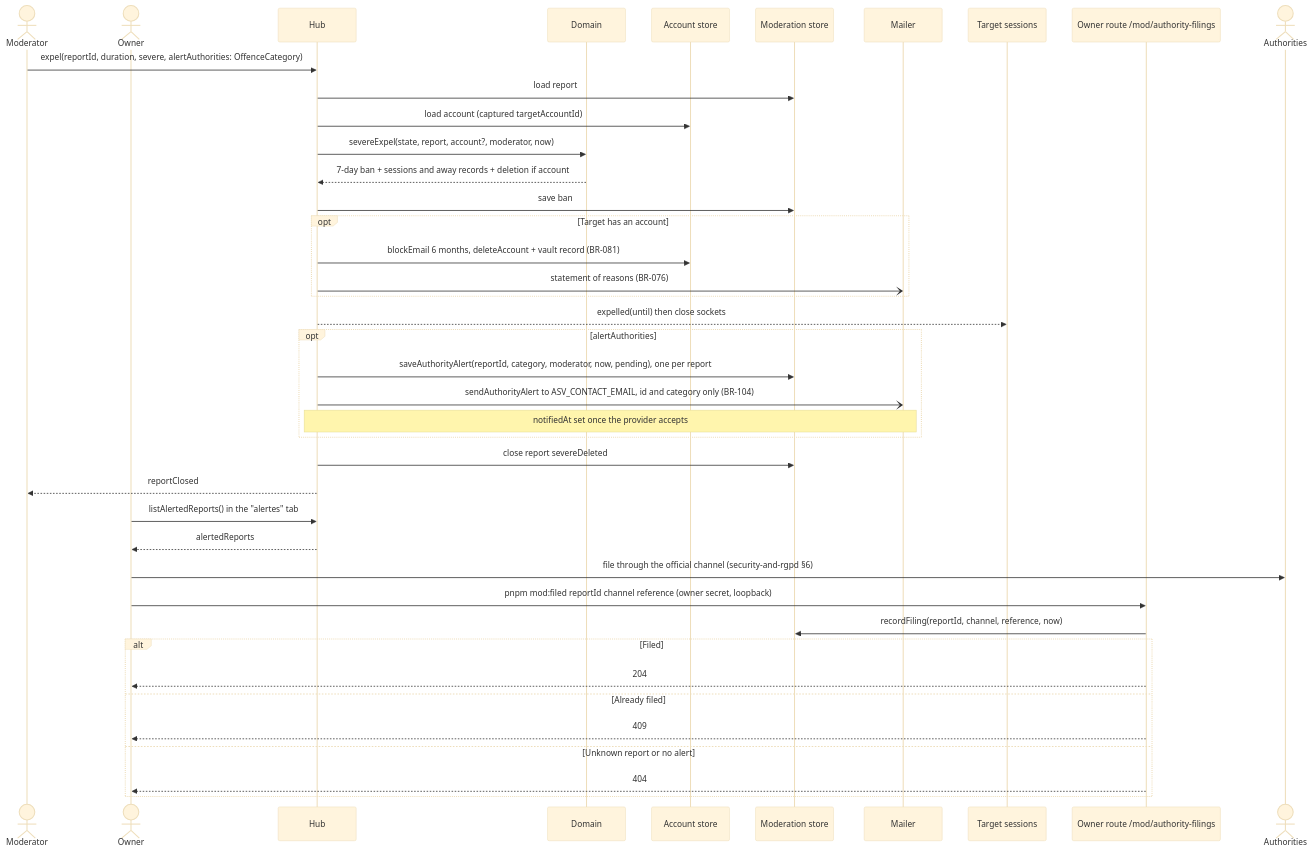
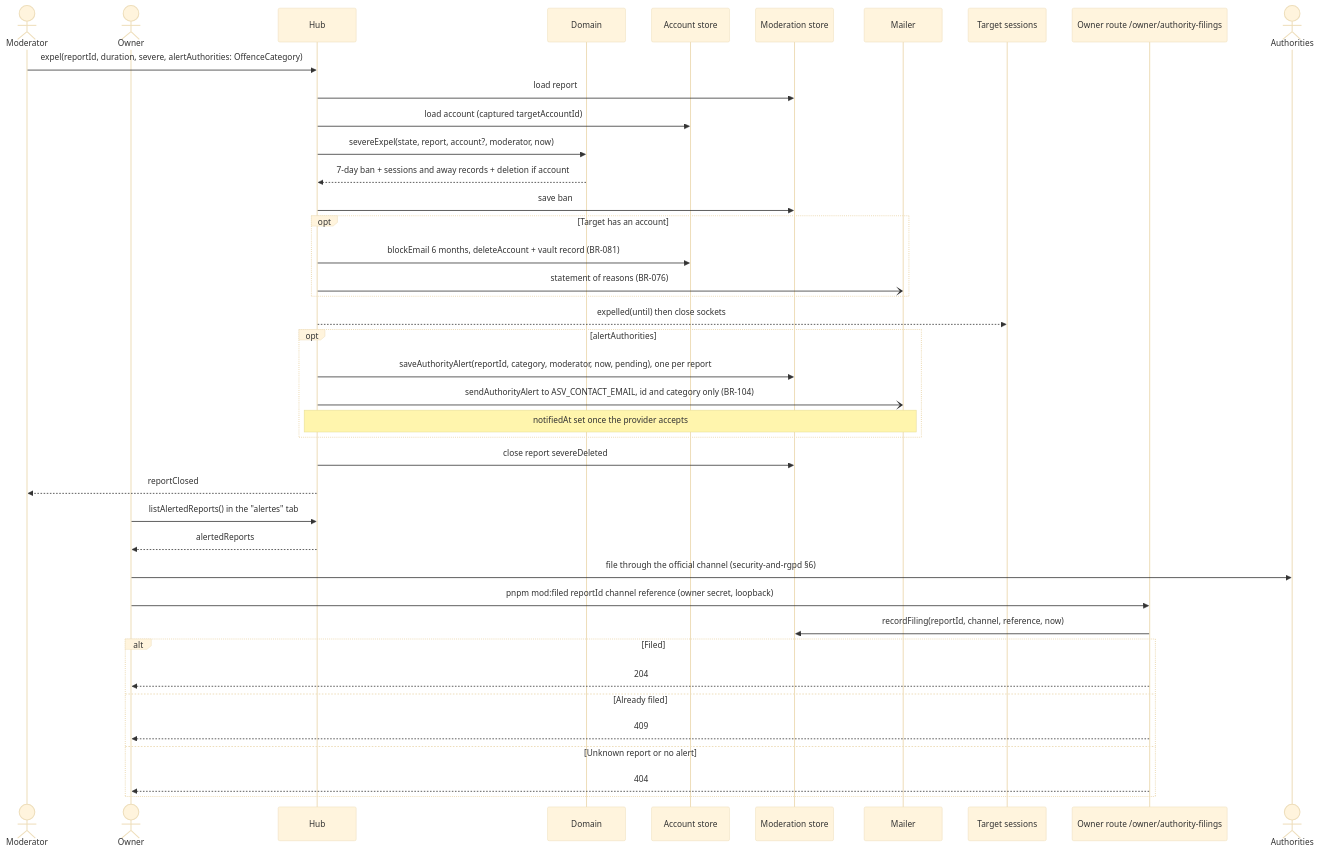
The diagram in docs/architecture/diagrams/moderation/02h-sequence-severe-and-authority.md (benoit-bremaud/asv), drawn with Mermaid (base theme) before and after one commit. The commit also changed other lines of this file and 26 other files, not shown here.

````diff
--- a/docs/architecture/diagrams/moderation/02h-sequence-severe-and-authority.md
+++ b/docs/architecture/diagrams/moderation/02h-sequence-severe-and-authority.md
@@ -15,43 +15,43 @@
 ```mermaid
 sequenceDiagram
   actor M as Moderator
   actor O as Owner
   participant H as Hub
   participant D as Domain
   participant AS as Account store
   participant ST as Moderation store
   participant ML as Mailer
   participant T as Target sessions
-  participant OR as Owner route /mod/authority-filings
+  participant OR as Owner route /owner/authority-filings
   actor A as Authorities
   M->>H: expel(reportId, duration, severe, alertAuthorities: OffenceCategory)
   H->>ST: load report
   H->>AS: load account (captured targetAccountId)
   H->>D: severeExpel(state, report, account?, moderator, now)
   D-->>H: 7-day ban + sessions and away records + deletion if account
   H->>ST: save ban
   opt Target has an account
     H->>AS: blockEmail 6 months, deleteAccount + vault record (BR-081)
     H-)ML: statement of reasons (BR-076)
   end
   H-->>T: expelled(until) then close sockets
   opt alertAuthorities
     H->>ST: saveAuthorityAlert(reportId, category, moderator, now, pending), one per report
     H-)ML: sendAuthorityAlert to ASV_CONTACT_EMAIL, id and category only (BR-104)
     Note over H,ML: notifiedAt set once the provider accepts
   end
   H->>ST: close report severeDeleted
   H-->>M: reportClosed
   O->>H: listAlertedReports() in the "alertes" tab
   H-->>O: alertedReports
   O->>A: file through the official channel (security-and-rgpd §6)
   O->>OR: pnpm mod:filed reportId channel reference (owner secret, loopback)
   OR->>ST: recordFiling(reportId, channel, reference, now)
   alt Filed
     OR-->>O: 204
   else Already filed
     OR-->>O: 409
   else Unknown report or no alert
     OR-->>O: 404
   end
 ```
````
